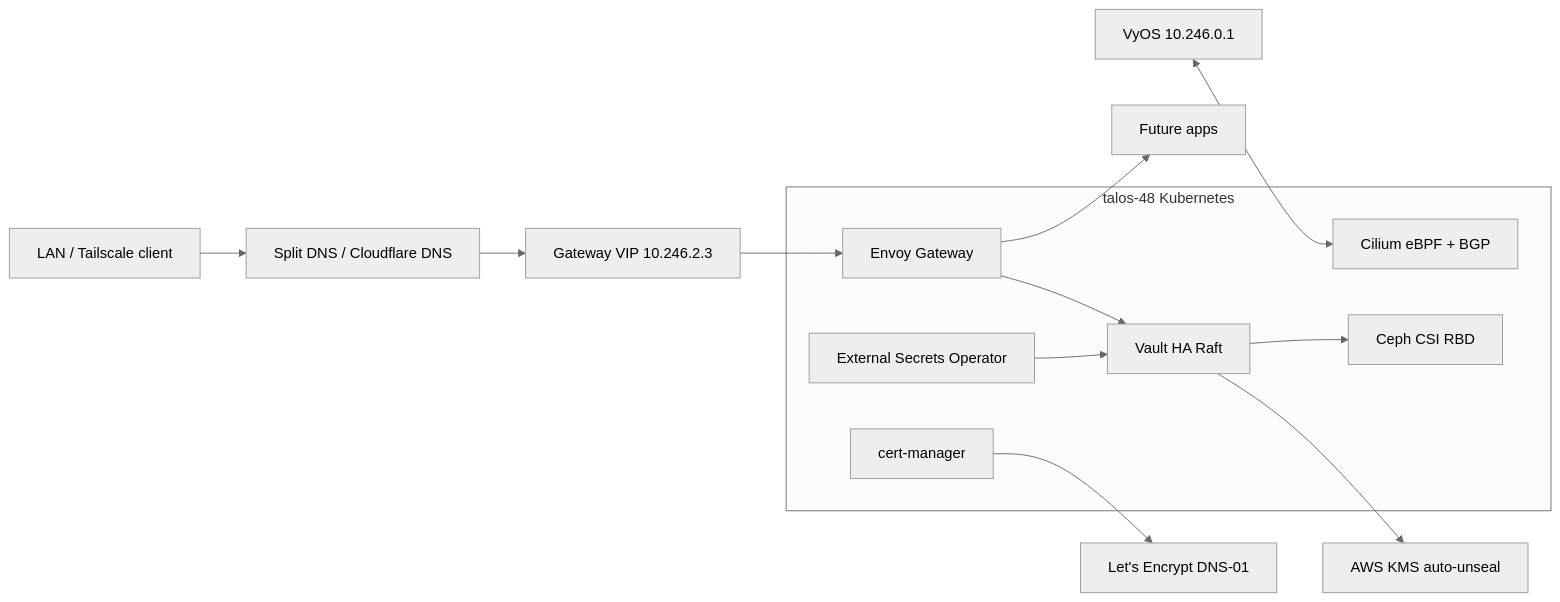
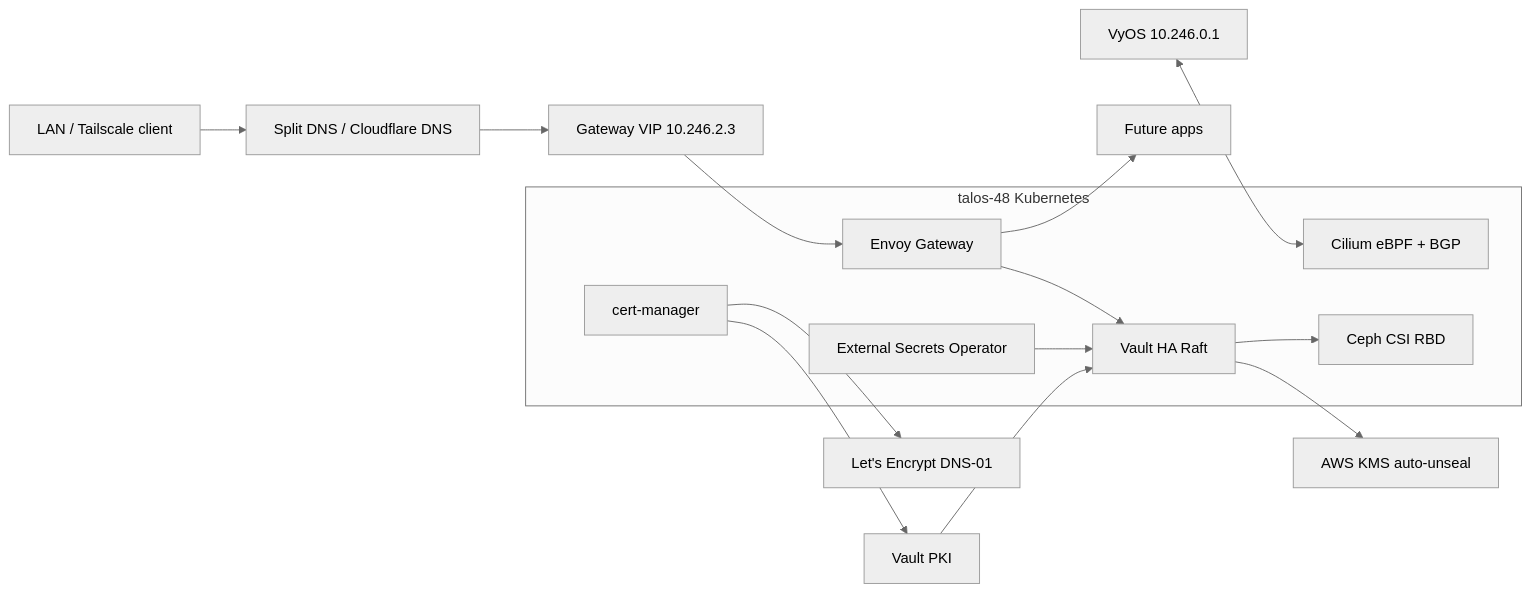
One commit to nbari/k8s changed the diagram in README.md. Above: the diagram before and after it, drawn with Mermaid (neutral theme). The commit also changed other lines of this file, not shown here.

Commit message:
Document Vault PKI status

````diff
--- a/README.md
+++ b/README.md
@@ -93,23 +98,25 @@
 ```mermaid
 flowchart LR
   user[LAN / Tailscale client] --> dns[Split DNS / Cloudflare DNS]
   dns --> vip[Gateway VIP 10.246.2.3]
   vip --> envoy[Envoy Gateway]
   envoy --> vault[Vault HA Raft]
   envoy --> apps[Future apps]
 
   subgraph talos48[talos-48 Kubernetes]
     cilium[Cilium eBPF + BGP]
     envoy
     cert[cert-manager]
     eso[External Secrets Operator]
     vault
     ceph[Ceph CSI RBD]
   end
 
   vyos[VyOS 10.246.0.1] <--> cilium
   cert --> letsencrypt[Let's Encrypt DNS-01]
+  cert --> vaultpki[Vault PKI]
   eso --> vault
+  vaultpki --> vault
   vault --> kms[AWS KMS auto-unseal]
   vault --> ceph
 ```
````
